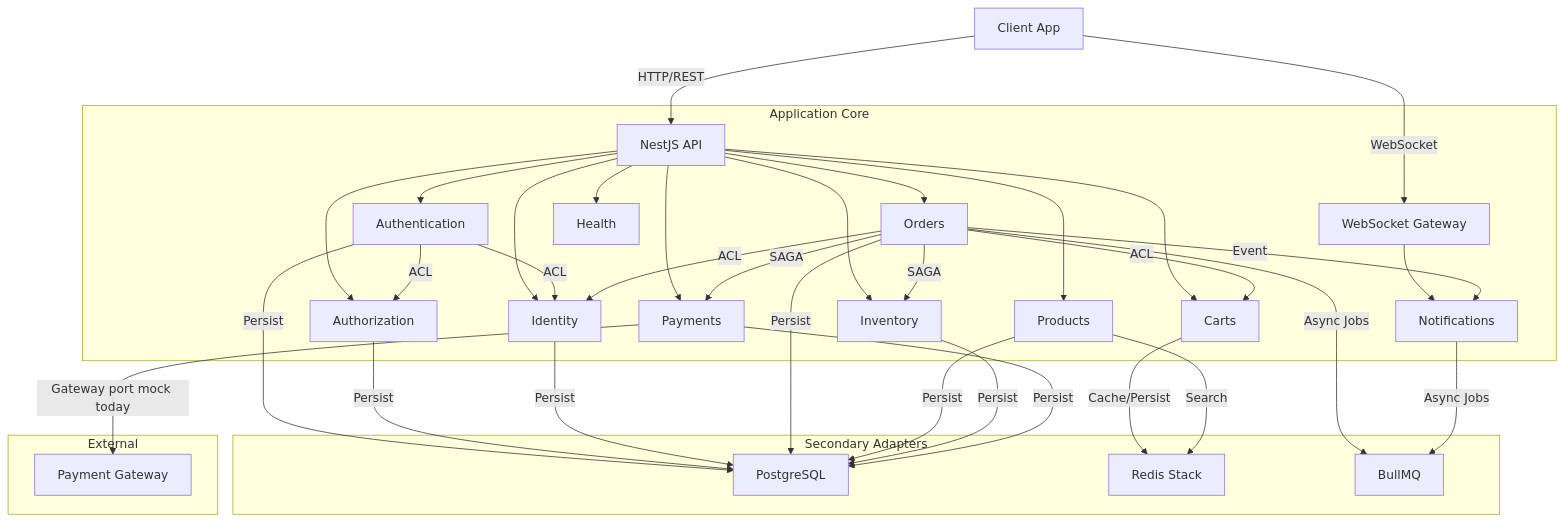
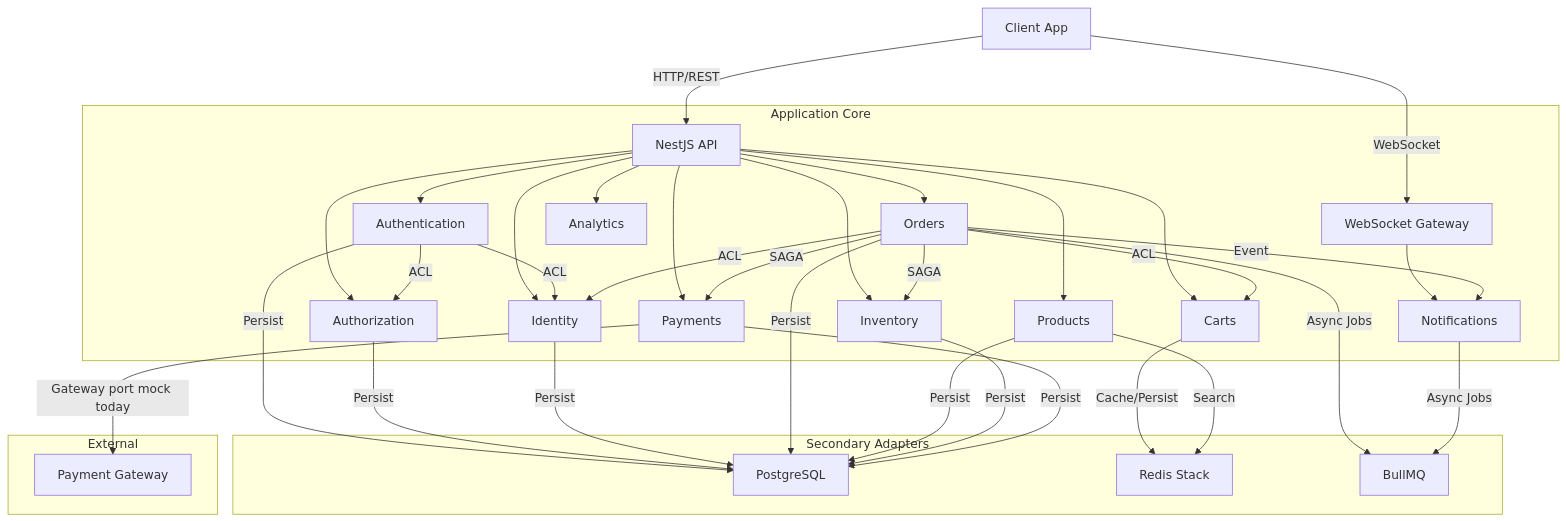
One commit to raouf-b-dev/ecommerce-store-api changed the third of 11 diagrams in docs/architecture/ARCHITECTURE.md. Above: the diagram before and after it, drawn with Mermaid. The commit also changed other lines of this file and 43 other files, not shown here.

````diff
--- a/docs/architecture/ARCHITECTURE.md
+++ b/docs/architecture/ARCHITECTURE.md
@@ -119,44 +119,44 @@
 ```mermaid
 graph TD
  Client["Client App"] -->|HTTP/REST| API["NestJS API"]
  Client -->|WebSocket| WS["WebSocket Gateway"]
 
  subgraph AppCore["Application Core"]
  API --> Authentication["Authentication"]
  API --> Authorization["Authorization"]
  API --> Orders["Orders"]
  API --> Products["Products"]
  API --> Carts["Carts"]
  API --> Payments["Payments"]
  API --> Inventory["Inventory"]
  API --> Identity["Identity"]
- API --> Health["Health"]
+ API --> Analytics["Analytics"]
  WS --> Notifications["Notifications"]
 
  Authentication -->|ACL| Identity
  Authentication -->|ACL| Authorization
  Orders -->|SAGA| Inventory
  Orders -->|SAGA| Payments
  Orders -->|ACL| Identity
  Orders -->|ACL| Carts
  Orders -->|Event| Notifications
  end
 
  subgraph Infra["Secondary Adapters"]
  Authentication -->|Persist| PG["PostgreSQL"]
  Authorization -->|Persist| PG
  Identity -->|Persist| PG
  Orders -->|Persist| PG
  Products -->|Persist| PG
  Inventory -->|Persist| PG
  Payments -->|Persist| PG
  Carts -->|Cache/Persist| Redis["Redis Stack"]
  Products -->|Search| Redis
  Orders -->|Async Jobs| BullMQ["BullMQ"]
  Notifications -->|Async Jobs| BullMQ
  end
 
  subgraph External["External"]
  Payments -->|"Gateway port mock today"| PayPort["Payment Gateway"]
  end
 ```
````
